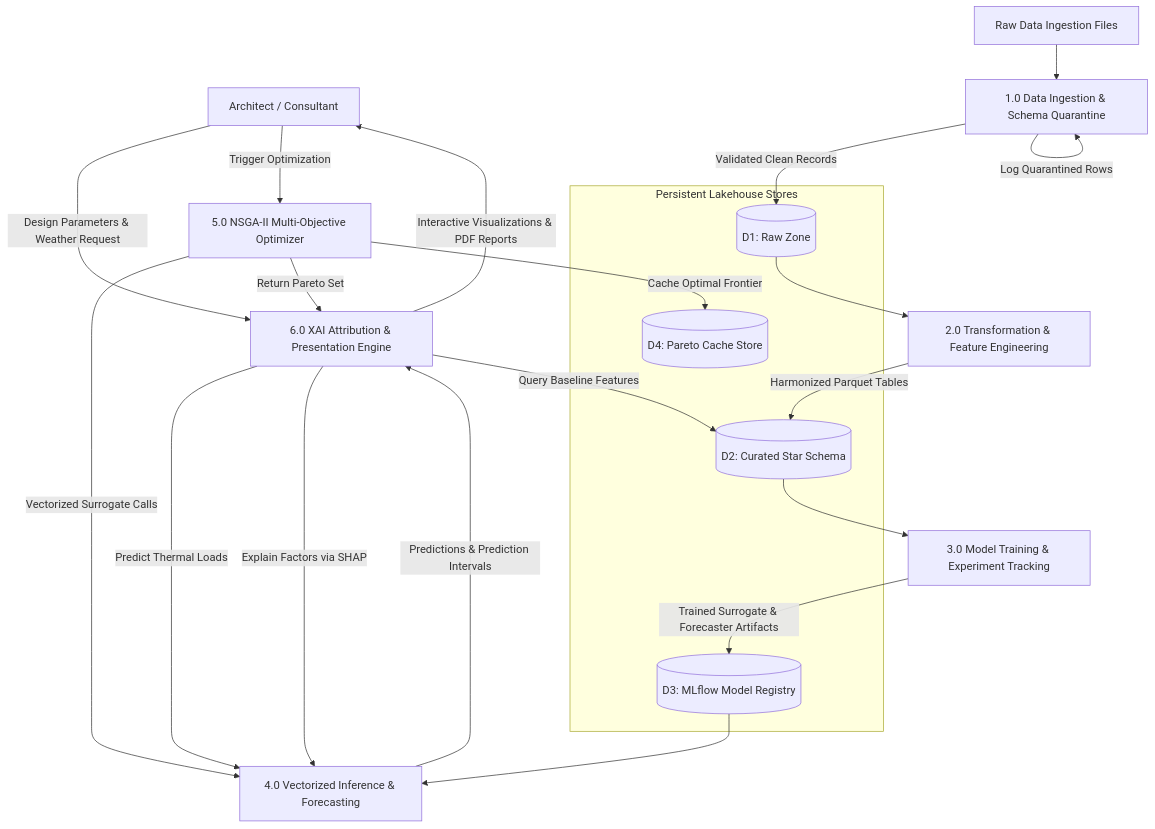
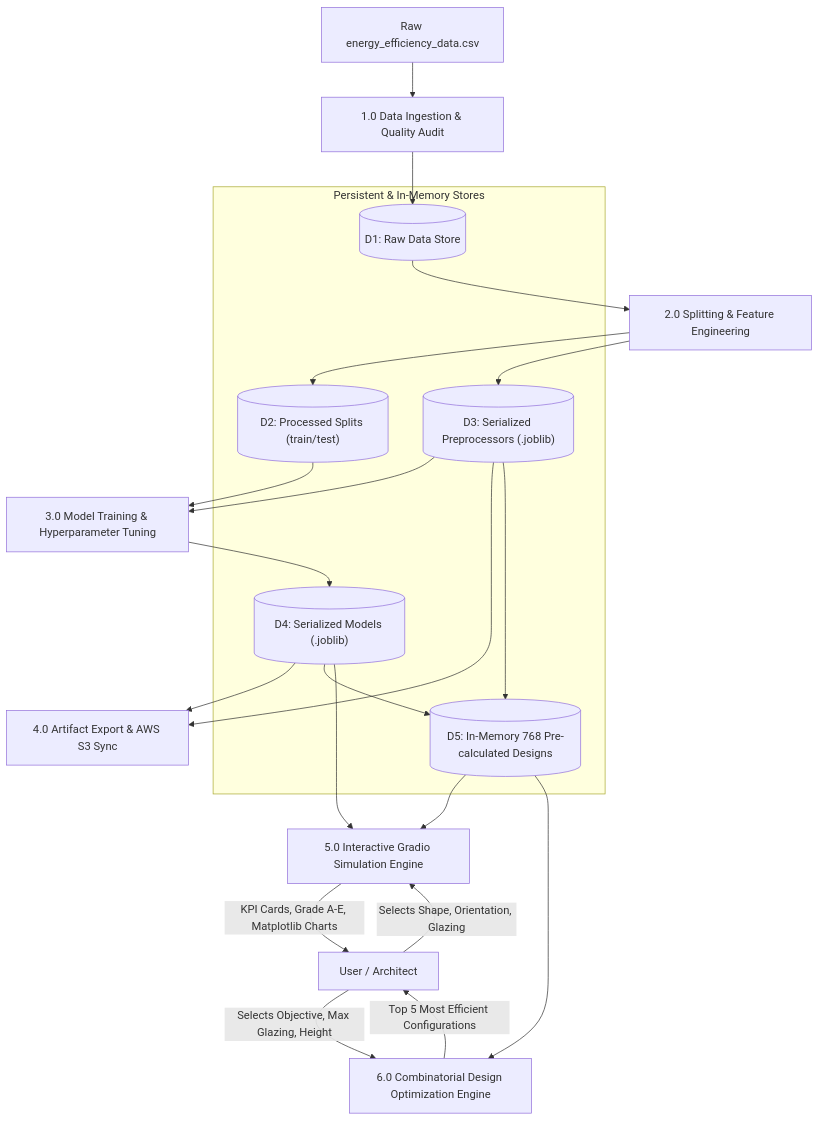
Before and after one commit to blurz17/NHA-5-165: the second of 5 diagrams in Documentations/04_System_Analysis_and_Design/Data_Flow_and_System_Behavior.md, drawn with Mermaid. The commit also changed other lines of this file and 34 other files, not shown here.

Commit message:
Reconstruct project: update docs (Proposal, SRS, SAD, Data Modeling), replace README/requirements, and add models/pipeline

````diff
--- a/Documentations/04_System_Analysis_and_Design/Data_Flow_and_System_Behavior.md
+++ b/Documentations/04_System_Analysis_and_Design/Data_Flow_and_System_Behavior.md
@@ -38,41 +33,38 @@
 ```mermaid
 graph TD
-    User["Architect / Consultant"]
-    RawSources["Raw Data Ingestion Files"]
-    
-    subgraph DataStores["Persistent Lakehouse Stores"]
-        DS_Raw[("D1: Raw Zone")]
-        DS_Curated[("D2: Curated Star Schema")]
-        DS_Models[("D3: MLflow Model Registry")]
-        DS_Cache[("D4: Pareto Cache Store")]
+    RawCSV["Raw energy_efficiency_data.csv"]
+    User["User / Architect"]
+
+    subgraph Stores["Persistent & In-Memory Stores"]
+        S_Raw[("D1: Raw Data Store")]
+        S_Proc[("D2: Processed Splits (train/test)")]
+        S_Pipe[("D3: Serialized Preprocessors (.joblib)")]
+        S_Models[("D4: Serialized Models (.joblib)")]
+        S_Cache[("D5: In-Memory 768 Pre-calculated Designs")]
     end
 
-    P1["1.0 Data Ingestion & Schema Quarantine"]
-    P2["2.0 Transformation & Feature Engineering"]
-    P3["3.0 Model Training & Experiment Tracking"]
-    P4["4.0 Vectorized Inference & Forecasting"]
-    P5["5.0 NSGA-II Multi-Objective Optimizer"]
-    P6["6.0 XAI Attribution & Presentation Engine"]
+    P1["1.0 Data Ingestion & Quality Audit"]
+    P2["2.0 Splitting & Feature Engineering"]
+    P3["3.0 Model Training & Hyperparameter Tuning"]
+    P4["4.0 Artifact Export & AWS S3 Sync"]
+    P5["5.0 Interactive Gradio Simulation Engine"]
+    P6["6.0 Combinatorial Design Optimization Engine"]
 
-    RawSources --> P1
-    P1 -->|Validated Clean Records| DS_Raw
-    P1 -->|Log Quarantined Rows| P1
-    DS_Raw --> P2
-    P2 -->|Harmonized Parquet Tables| DS_Curated
-    DS_Curated --> P3
-    P3 -->|Trained Surrogate & Forecaster Artifacts| DS_Models
+    RawCSV --> P1
+    P1 --> S_Raw
+    S_Raw --> P2
+    P2 --> S_Proc
+    P2 --> S_Pipe
+    S_Proc & S_Pipe --> P3
+    P3 --> S_Models
+    S_Models & S_Pipe --> P4
+    S_Models & S_Pipe --> S_Cache
 
-    User -->|Design Parameters & Weather Request| P6
-    P6 -->|Query Baseline Features| DS_Curated
-    P6 -->|Predict Thermal Loads| P4
-    DS_Models --> P4
-    P4 -->|Predictions & Prediction Intervals| P6
+    User -->|Selects Shape, Orientation, Glazing| P5
+    S_Cache & S_Models --> P5
+    P5 -->|KPI Cards, Grade A-E, Matplotlib Charts| User
 
-    User -->|Trigger Optimization| P5
-    P5 -->|Vectorized Surrogate Calls| P4
-    P5 -->|Cache Optimal Frontier| DS_Cache
-    P5 -->|Return Pareto Set| P6
-
-    P6 -->|Explain Factors via SHAP| P4
-    P6 -->|Interactive Visualizations & PDF Reports| User
+    User -->|Selects Objective, Max Glazing, Height| P6
+    S_Cache --> P6
+    P6 -->|Top 5 Most Efficient Configurations| User
 ```
````
